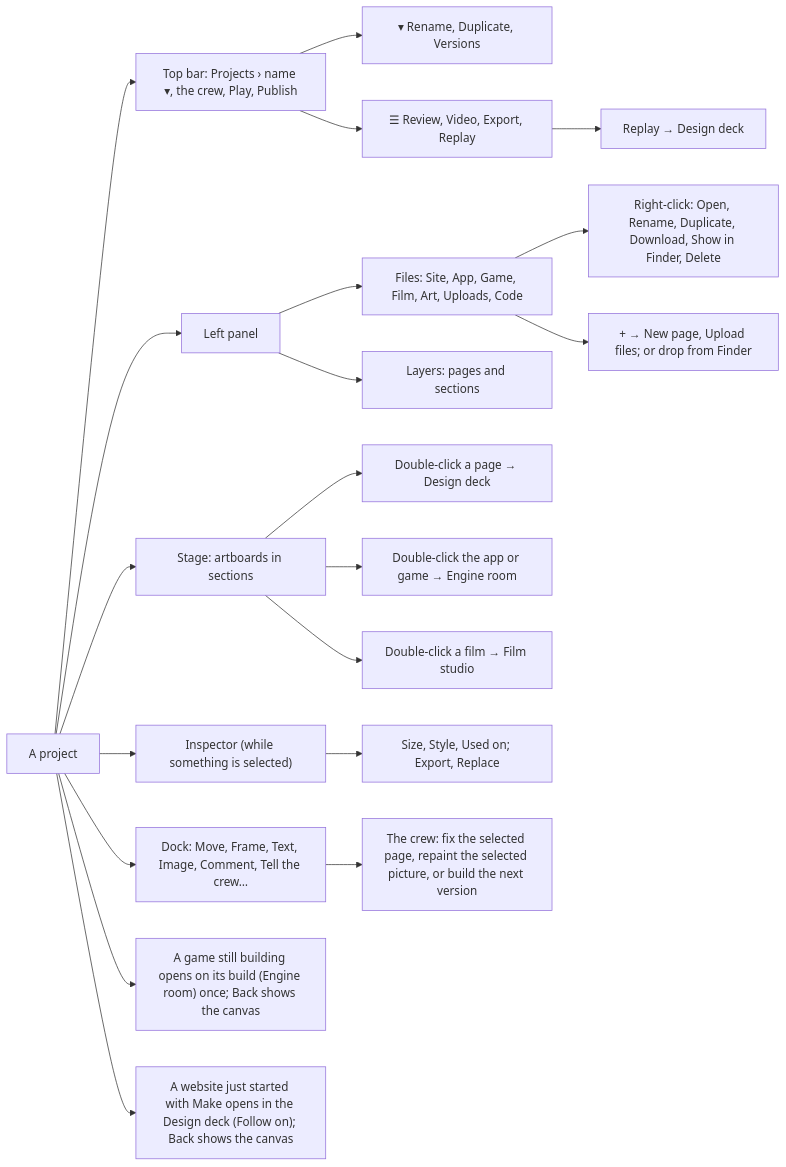
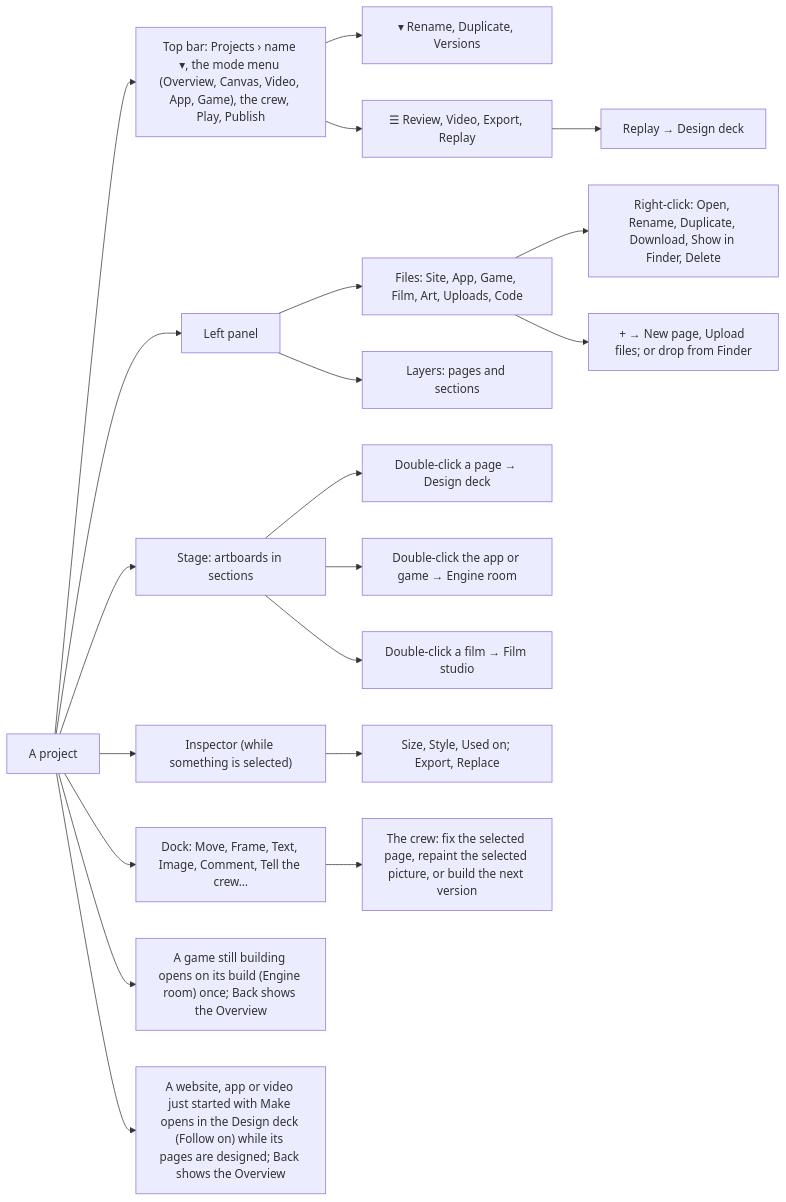
The ninth of 26 diagrams in docs/ux/SITEMAP.md (Pukujan/swarm-studio), drawn with Mermaid before and after one commit. The commit also changed other lines of this file and 10 other files, not shown here.

First line of the commit message:
Overview: the project's pages and files have their own name, and an App opens in the Design deck

````diff
--- a/docs/ux/SITEMAP.md
+++ b/docs/ux/SITEMAP.md
@@ -272,22 +277,22 @@
 ```mermaid
 flowchart LR
-  PJ["A project"] --> TOP["Top bar: Projects › name ▾, the crew, Play, Publish"]
+  PJ["A project"] --> TOP["Top bar: Projects › name ▾, the mode menu (Overview, Canvas, Video, App, Game), the crew, Play, Publish"]
   PJ --> LEFT["Left panel"]
   PJ --> STG["Stage: artboards in sections"]
   PJ --> INS["Inspector (while something is selected)"]
   PJ --> DOCK["Dock: Move, Frame, Text, Image, Comment, Tell the crew…"]
   TOP --> VER["▾ Rename, Duplicate, Versions"]
   TOP --> MORE["☰ Review, Video, Export, Replay"]
   MORE --> RPD["Replay → Design deck"]
   LEFT --> FIL["Files: Site, App, Game, Film, Art, Uploads, Code"]
   LEFT --> LAY["Layers: pages and sections"]
   FIL --> FM["Right-click: Open, Rename, Duplicate, Download, Show in Finder, Delete"]
   FIL --> UP["+ → New page, Upload files; or drop from Finder"]
   STG --> DD["Double-click a page → Design deck"]
   STG --> ER["Double-click the app or game → Engine room"]
-  PJ --> GB["A game still building opens on its build (Engine room) once; Back shows the canvas"]
-  PJ --> WB["A website just started with Make opens in the Design deck (Follow on); Back shows the canvas"]
+  PJ --> GB["A game still building opens on its build (Engine room) once; Back shows the Overview"]
+  PJ --> WB["A website, app or video just started with Make opens in the Design deck (Follow on) while its pages are designed; Back shows the Overview"]
   STG --> FS["Double-click a film → Film studio"]
   INS --> EXP["Size, Style, Used on; Export, Replace"]
   DOCK --> CREW["The crew: fix the selected page, repaint the selected picture, or build the next version"]
 ```
````
